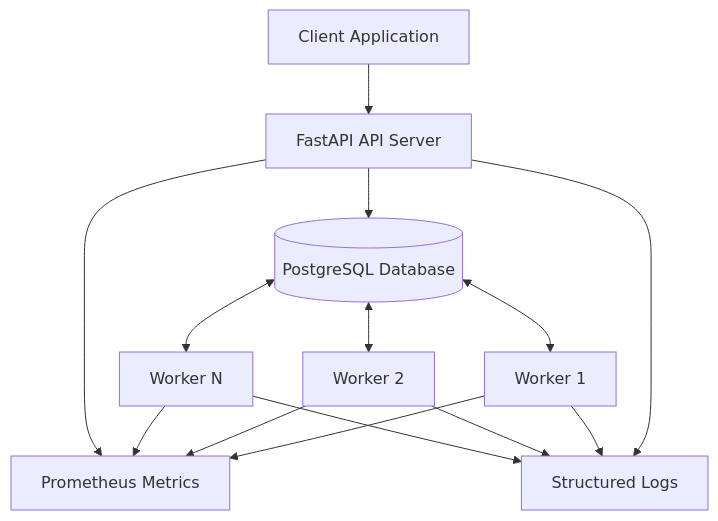
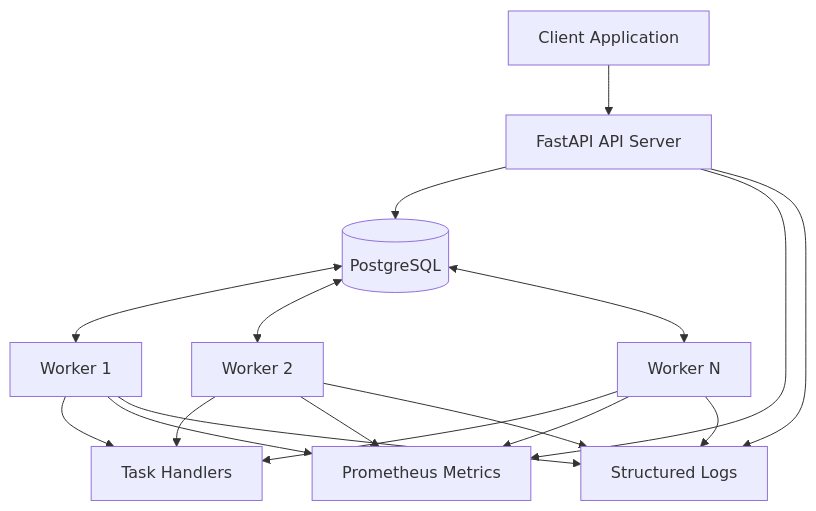
The first of 2 diagrams in README.md (dineshkvs1304/RelayQueue), drawn with Mermaid before and after one commit. The commit also changed other lines of this file, not shown here.

````diff
--- a/README.md
+++ b/README.md
@@ -36,28 +45,24 @@
 ```mermaid
 flowchart TD
-    Client[Client Application]
-    API[FastAPI API Server]
-    DB[(PostgreSQL Database)]
-    W1[Worker 1]
-    W2[Worker 2]
-    WN[Worker N]
-    M[Prometheus Metrics]
-    L[Structured Logs]
+    C[Client Application] --> API[FastAPI API Server]
 
-    Client --> API
-    API --> DB
+    API --> DB[(PostgreSQL)]
 
-    DB <--> W1
-    DB <--> W2
-    DB <--> WN
+    DB <--> W1[Worker 1]
+    DB <--> W2[Worker 2]
+    DB <--> WN[Worker N]
 
+    W1 --> H[Task Handlers]
+    W2 --> H
+    WN --> H
+
+    API --> M[Prometheus Metrics]
     W1 --> M
     W2 --> M
     WN --> M
-    API --> M
 
-    API --> L
+    API --> L[Structured Logs]
     W1 --> L
     W2 --> L
     WN --> L
 ```
````
